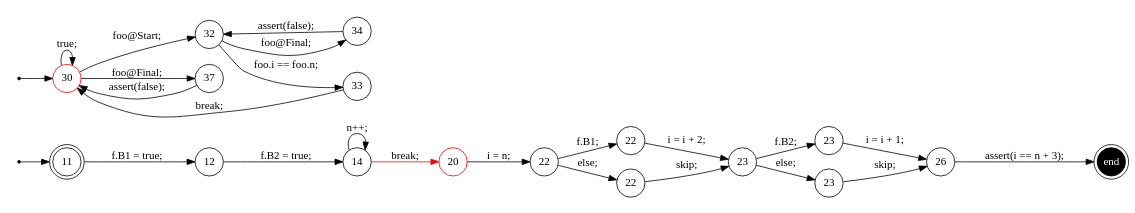
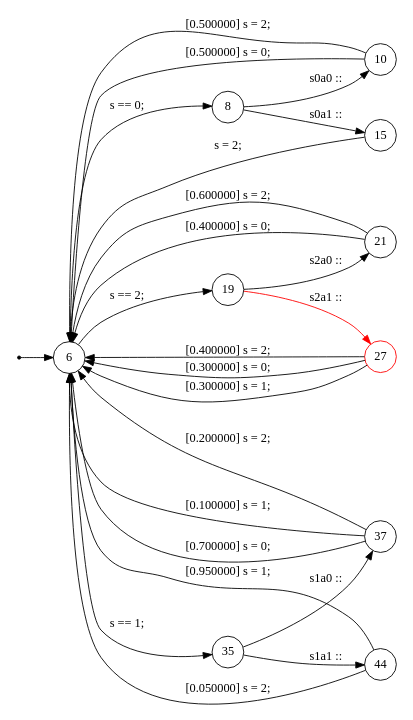
One commit to samilazregsuidi/Daedalux changed the diagram in trace/5.dot. Above: the diagram before and after it, drawn with Graphviz. The commit also changed 277 other files, not shown here.

```diff
--- a/trace/5.dot
+++ b/trace/5.dot
@@ -1,48 +1,39 @@
 digraph finite_state_machine {
 	rankdir=LR
 	size="8,5"
-	93824993311008 [label = 11, shape = doublecircle, fixedsize = true]; 
-	s93824993311008 [shape = point];
-	93824993307216 [label = 30, shape = doublecircle, color = red, fixedsize = true]; 
-	s93824993307216 [shape = point];
-	e93824993306544 [shape = doublecircle, fixedsize = true, style = filled, fillcolor = black, fontcolor = white,  label = end];
-	 93824993312480 [label = 12, shape = circle, fixedsize = true ];
-	 93824993302560 [label = 14, shape = circle, fixedsize = true ];
-	 93824993303360 [label = 20, shape = circle, color = red, fixedsize = true ];
-	 93824993303680 [label = 22, shape = circle, fixedsize = true ];
-	 93824993304480 [label = 22, shape = circle, fixedsize = true ];
-	 93824993305200 [label = 22, shape = circle, fixedsize = true ];
-	 93824993304992 [label = 23, shape = circle, fixedsize = true ];
-	 93824993306032 [label = 23, shape = circle, fixedsize = true ];
-	 93824993306752 [label = 23, shape = circle, fixedsize = true ];
-	 93824993306544 [label = 26, shape = circle, fixedsize = true ];
-	 93824993307216 [label = 30, shape = circle, color = red, fixedsize = true ];
-	 93824993307984 [label = 32, shape = circle, fixedsize = true ];
-	 93824993308816 [label = 33, shape = circle, fixedsize = true ];
-	 93824993309536 [label = 34, shape = circle, fixedsize = true ];
-	 93824993310048 [label = 37, shape = circle, fixedsize = true ];
-	s93824993311008 -> 93824993311008;
-	s93824993307216 -> 93824993307216;
-	93824993311008 -> 93824993312480 [ label = "f.B1 = true; "];
-	93824993312480 -> 93824993302560 [ label = "f.B2 = true; "];
-	93824993302560 -> 93824993303360 [color = red, label = "break; "];
-	93824993302560 -> 93824993302560 [ label = "n++; "];
-	93824993303360 -> 93824993303680 [ label = "i = n; "];
-	93824993303680 -> 93824993304480 [ label = "f.B1; "];
-	93824993304480 -> 93824993304992 [ label = "i = i + 2; "];
-	93824993303680 -> 93824993305200 [ label = "else; "];
-	93824993305200 -> 93824993304992 [ label = "skip; "];
-	93824993304992 -> 93824993306032 [ label = "f.B2; "];
-	93824993306032 -> 93824993306544 [ label = "i = i + 1; "];
-	93824993304992 -> 93824993306752 [ label = "else; "];
-	93824993306752 -> 93824993306544 [ label = "skip; "];
-	93824993306544 -> e93824993306544 [ label = "assert(i == n + 3); "];
-	93824993307216 -> 93824993307984 [ label = "foo@Start; "];
-	93824993307984 -> 93824993308816 [ label = "foo.i == foo.n; "];
-	93824993308816 -> 93824993307216 [ label = "break; "];
-	93824993307984 -> 93824993309536 [ label = "foo@Final; "];
-	93824993309536 -> 93824993307984 [ label = "assert(false); "];
-	93824993307216 -> 93824993310048 [ label = "foo@Final; "];
-	93824993310048 -> 93824993307216 [ label = "assert(false); "];
-	93824993307216 -> 93824993307216 [ label = "true; "];
+	93824993319552 [label = 6, shape = doublecircle, fixedsize = true]; 
+	s93824993319552 [shape = point];
+	 93824993319552 [label = 6, shape = circle, fixedsize = true ];
+	 93824993310416 [label = 8, shape = circle, fixedsize = true ];
+	 93824993310976 [label = 10, shape = circle, fixedsize = true ];
+	 93824993312496 [label = 15, shape = circle, fixedsize = true ];
+	 93824993312944 [label = 19, shape = circle, fixedsize = true ];
+	 93824993313712 [label = 21, shape = circle, fixedsize = true ];
+	 93824993315232 [label = 27, shape = circle, color = red, fixedsize = true ];
+	 93824993316688 [label = 35, shape = circle, fixedsize = true ];
+	 93824993317632 [label = 37, shape = circle, fixedsize = true ];
+	 93824993325184 [label = 44, shape = circle, fixedsize = true ];
+	s93824993319552 -> 93824993319552;
+	93824993319552 -> 93824993310416 [ label = "s == 0; "];
+	93824993310416 -> 93824993310976 [ label = "s0a0 :: "];
+	93824993310976 -> 93824993319552 [ label = " [0.500000] s = 0; "];
+	93824993310976 -> 93824993319552 [ label = " [0.500000] s = 2; "];
+	93824993310416 -> 93824993312496 [ label = "s0a1 :: "];
+	93824993312496 -> 93824993319552 [ label = "s = 2; "];
+	93824993319552 -> 93824993312944 [ label = "s == 2; "];
+	93824993312944 -> 93824993313712 [ label = "s2a0 :: "];
+	93824993313712 -> 93824993319552 [ label = " [0.400000] s = 0; "];
+	93824993313712 -> 93824993319552 [ label = " [0.600000] s = 2; "];
+	93824993312944 -> 93824993315232 [color = red, label = "s2a1 :: "];
+	93824993315232 -> 93824993319552 [ label = " [0.400000] s = 2; "];
+	93824993315232 -> 93824993319552 [ label = " [0.300000] s = 0; "];
+	93824993315232 -> 93824993319552 [ label = " [0.300000] s = 1; "];
+	93824993319552 -> 93824993316688 [ label = "s == 1; "];
+	93824993316688 -> 93824993317632 [ label = "s1a0 :: "];
+	93824993317632 -> 93824993319552 [ label = " [0.100000] s = 1; "];
+	93824993317632 -> 93824993319552 [ label = " [0.700000] s = 0; "];
+	93824993317632 -> 93824993319552 [ label = " [0.200000] s = 2; "];
+	93824993316688 -> 93824993325184 [ label = "s1a1 :: "];
+	93824993325184 -> 93824993319552 [ label = " [0.950000] s = 1; "];
+	93824993325184 -> 93824993319552 [ label = " [0.050000] s = 2; "];
 }
```
